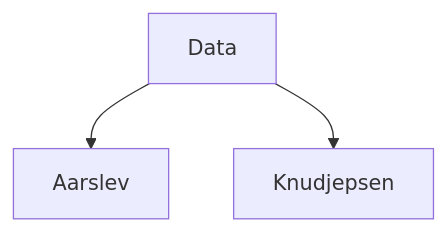
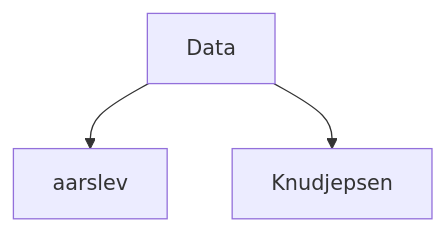
The diagram in ProjectDocs/raw_data_overview.md (Fnux8890/Proactive-thesis), drawn with Mermaid before and after one commit.

````diff
--- a/ProjectDocs/raw_data_overview.md
+++ b/ProjectDocs/raw_data_overview.md
@@ -5,6 +5,6 @@
 ```mermaid
 graph TD
     A[Data]
-    A --> Aarslev
+    A --> aarslev
     A --> Knudjepsen
 ```
````
